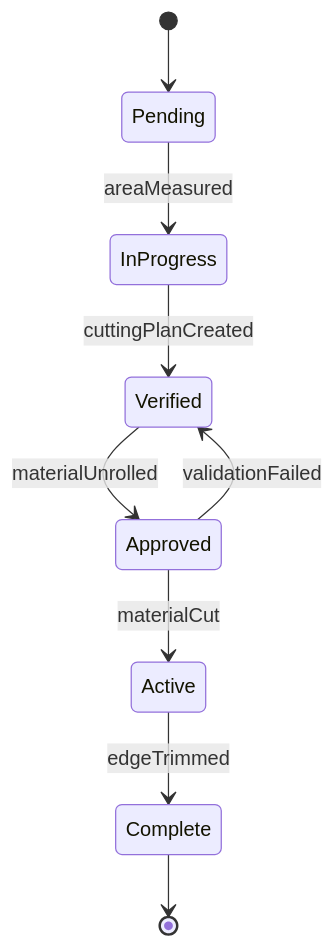
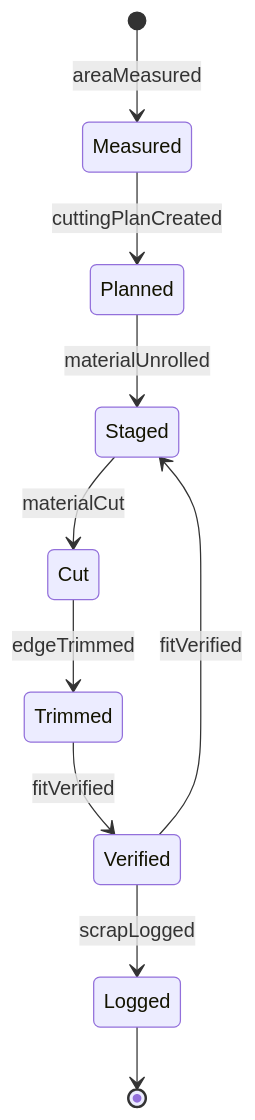
The second of 4 diagrams in HandlingAndMovingObjects/CutMaterials/CutCarpetVinylFlexibleMaterials.mdx (dot-org-ai/tasks.org.ai), drawn with Mermaid before and after one commit. The commit also changed other lines of this file and 515 other files, not shown here.

````diff
--- a/HandlingAndMovingObjects/CutMaterials/CutCarpetVinylFlexibleMaterials.mdx
+++ b/HandlingAndMovingObjects/CutMaterials/CutCarpetVinylFlexibleMaterials.mdx
@@ -99,11 +100,12 @@
 ```mermaid
 stateDiagram-v2
-    [*] --> Pending
-    Pending --> InProgress : areaMeasured
-    InProgress --> Verified : cuttingPlanCreated
-    Verified --> Approved : materialUnrolled
-    Approved --> Active : materialCut
-    Active --> Complete : edgeTrimmed
-    Approved --> Verified : validationFailed
-    Complete --> [*]
+    [*] --> Measured : areaMeasured
+    Measured --> Planned : cuttingPlanCreated
+    Planned --> Staged : materialUnrolled
+    Staged --> Cut : materialCut
+    Cut --> Trimmed : edgeTrimmed
+    Trimmed --> Verified : fitVerified
+    Verified --> Logged : scrapLogged
+    Verified --> Staged : fitVerified
+    Logged --> [*]
 ```
````
